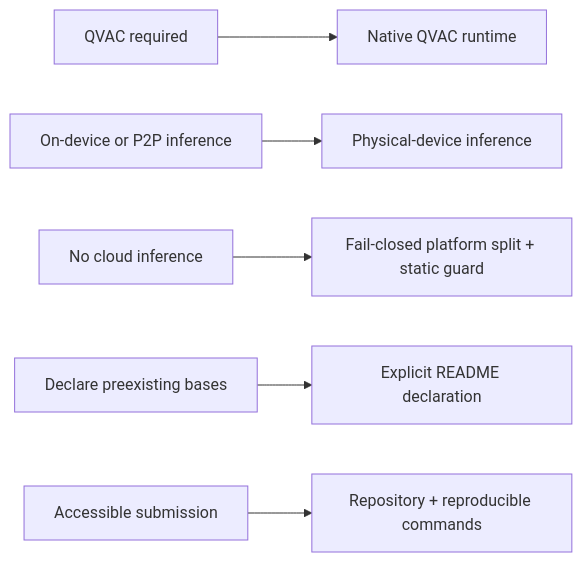
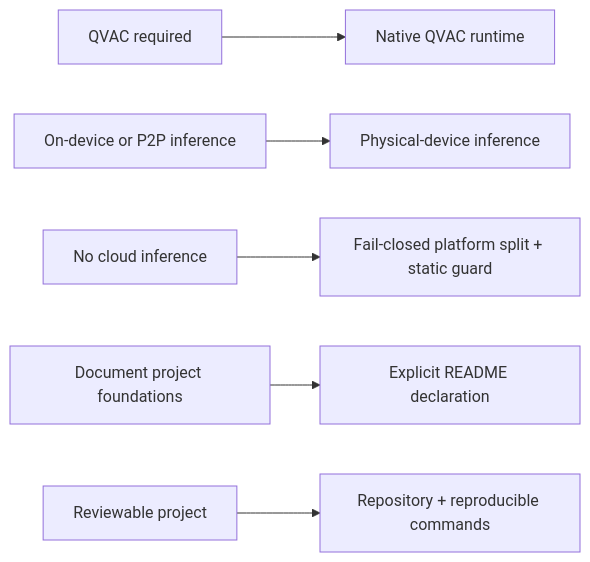
The fifth of 5 diagrams in README.md (quantumquirkxyz/Caffeine-Express), drawn with Mermaid before and after one commit. The commit also changed other lines of this file and 10 other files, not shown here.

````diff
--- a/README.md
+++ b/README.md
@@ -200,8 +199,8 @@
 ```mermaid
 flowchart LR
     R1[QVAC required] --> E1[Native QVAC runtime]
     R2[On-device or P2P inference] --> E2[Physical-device inference]
     R3[No cloud inference] --> E3[Fail-closed platform split + static guard]
-    R4[Declare preexisting bases] --> E4[Explicit README declaration]
-    R5[Accessible submission] --> E5[Repository + reproducible commands]
+    R4[Document project foundations] --> E4[Explicit README declaration]
+    R5[Reviewable project] --> E5[Repository + reproducible commands]
 ```
````
